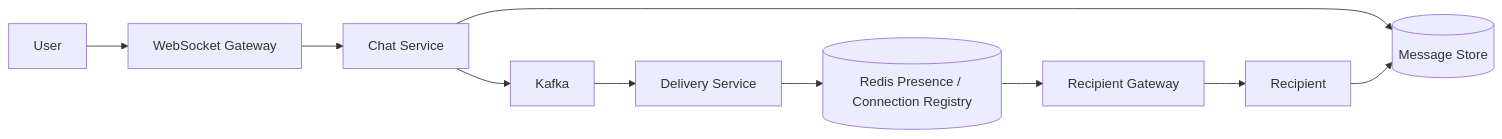
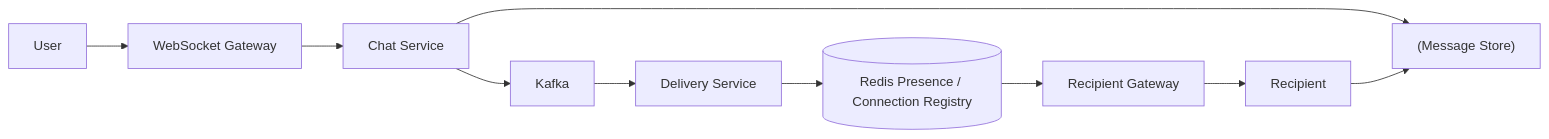
Before and after one commit to pankajThakur1874/studysheet: the first of 3 diagrams in files/System-Design-Questions/16_chat_system.md, drawn with Mermaid. The commit also changed other lines of this file and 102 other files, not shown here.

Commit message:
Auto-fix Mermaid diagram syntax across all study guides to prevent Syntax Error in Mermaid v10

````diff
--- a/files/System-Design-Questions/16_chat_system.md
+++ b/files/System-Design-Questions/16_chat_system.md
@@ -74,12 +74,12 @@
 ```mermaid
 flowchart LR
     U[User] --> WS[WebSocket Gateway]
     WS --> C[Chat Service]
-    C --> D[(Message Store)]
+    C --> D["(Message Store)"]
     C --> K[Kafka]
     K --> DL[Delivery Service]
-    DL --> R[(Redis Presence / Connection Registry)]
+    DL --> R[("Redis Presence / Connection Registry")]
     R --> G2[Recipient Gateway]
     G2 --> U2[Recipient]
     U2 --> D
 ```
````
